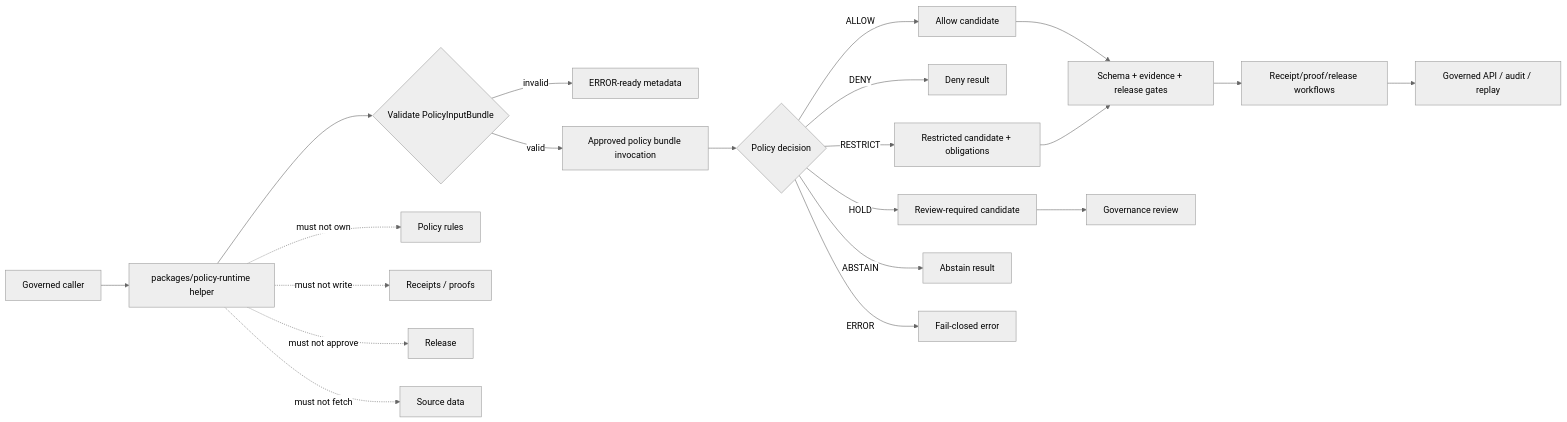
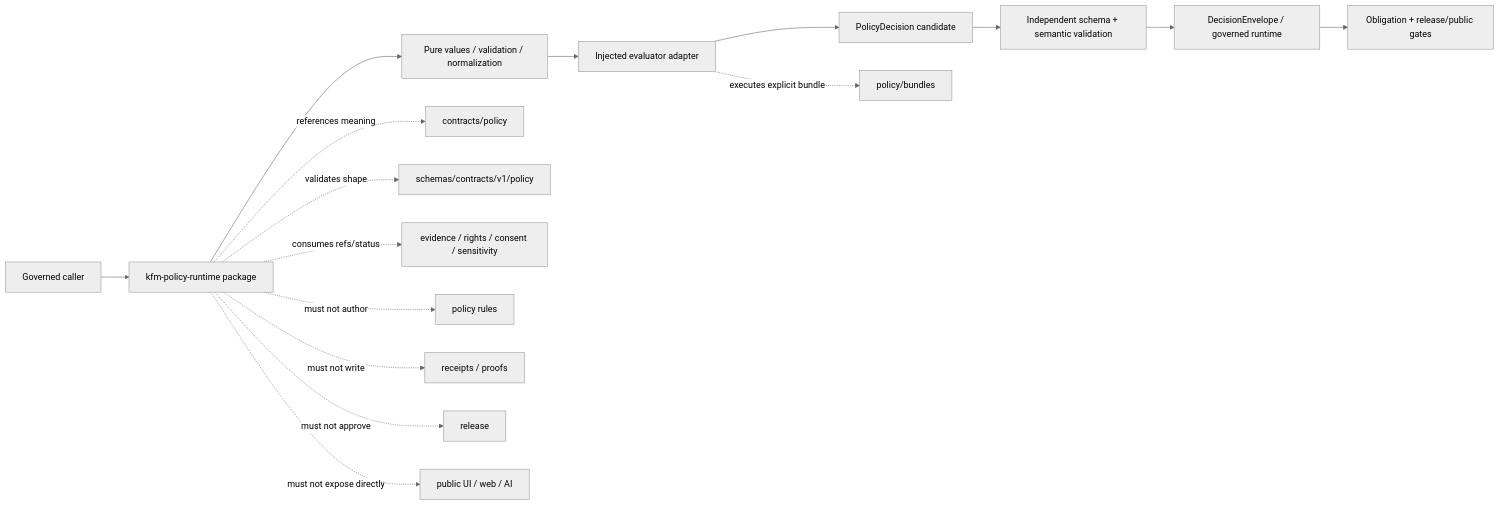
One commit to bartytime4life/Kansas-Frontier-Matrix changed the diagram in packages/policy-runtime/README.md. Above: the diagram before and after it, drawn with Mermaid (neutral theme). The commit also changed other lines of this file, not shown here.

Commit message:
docs(policy-runtime): ground package boundary

````diff
--- a/packages/policy-runtime/README.md
+++ b/packages/policy-runtime/README.md
@@ -216,24 +813,20 @@
 ```mermaid
 flowchart LR
-    A[Governed caller] --> B[packages/policy-runtime helper]
-    B --> C{Validate PolicyInputBundle}
-    C -->|invalid| D[ERROR-ready metadata]
-    C -->|valid| E[Approved policy bundle invocation]
-    E --> F{Policy decision}
-    F -->|ALLOW| G[Allow candidate]
-    F -->|DENY| H[Deny result]
-    F -->|RESTRICT| I[Restricted candidate + obligations]
-    F -->|HOLD| J[Review-required candidate]
-    F -->|ABSTAIN| K[Abstain result]
-    F -->|ERROR| L[Fail-closed error]
-    G --> M[Schema + evidence + release gates]
-    I --> M
-    J --> N[Governance review]
-    M --> O[Receipt/proof/release workflows]
-    O --> P[Governed API / audit / replay]
+    A[Governed caller] --> B[kfm-policy-runtime package]
+    B --> C[Pure values / validation / normalization]
+    C --> D[Injected evaluator adapter]
+    D --> E[PolicyDecision candidate]
+    E --> F[Independent schema + semantic validation]
+    F --> G[DecisionEnvelope / governed runtime]
+    G --> H[Obligation + release/public gates]
 
-    B -. must not own .-> Q[Policy rules]
-    B -. must not write .-> R[Receipts / proofs]
-    B -. must not approve .-> S[Release]
-    B -. must not fetch .-> T[Source data]
+    B -. references meaning .-> I[contracts/policy]
+    B -. validates shape .-> J[schemas/contracts/v1/policy]
+    D -. executes explicit bundle .-> K[policy/bundles]
+    B -. consumes refs/status .-> L[evidence / rights / consent / sensitivity]
+
+    B -. must not author .-> M[policy rules]
+    B -. must not write .-> N[receipts / proofs]
+    B -. must not approve .-> O[release]
+    B -. must not expose directly .-> P[public UI / web / AI]
 ```
````
